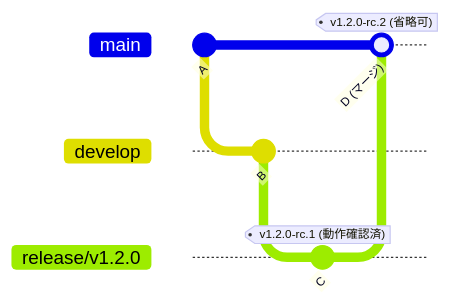
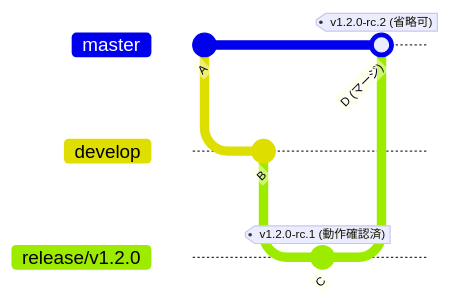
The tenth of 10 diagrams in docs/branching-and-deployment-runbook.md (raysihto-d250311a/ops-guides-ja), drawn with Mermaid before and after one commit. The commit also changed other lines of this file and 1 other file, not shown here.

First line of the commit message:
docs: configure gitGraph mainBranchName and clarify hotfix RC tag flow (#12)

````diff
--- a/docs/branching-and-deployment-runbook.md
+++ b/docs/branching-and-deployment-runbook.md
@@ -885,12 +889,13 @@
 ```mermaid
+%%{init: {'gitGraph': {'mainBranchName': 'master'}} }%%
 gitGraph
     commit id: "A"
     branch develop
     checkout develop
     commit id: "B"
     branch release/v1.2.0
     checkout release/v1.2.0
     commit id: "C" tag: "v1.2.0-rc.1 (動作確認済)"
-    checkout main
+    checkout master
     merge release/v1.2.0 id: "D (マージ)" tag: "v1.2.0-rc.2 (省略可)"
 ```
````
